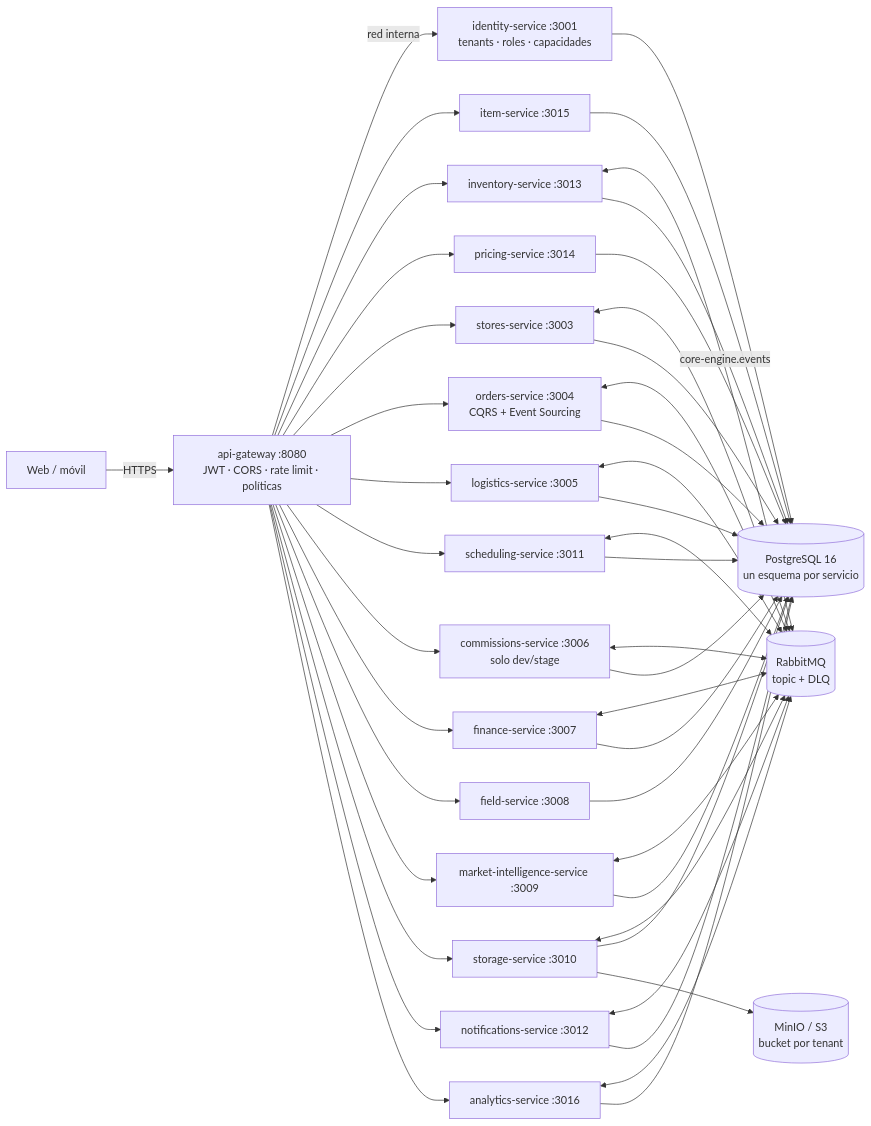
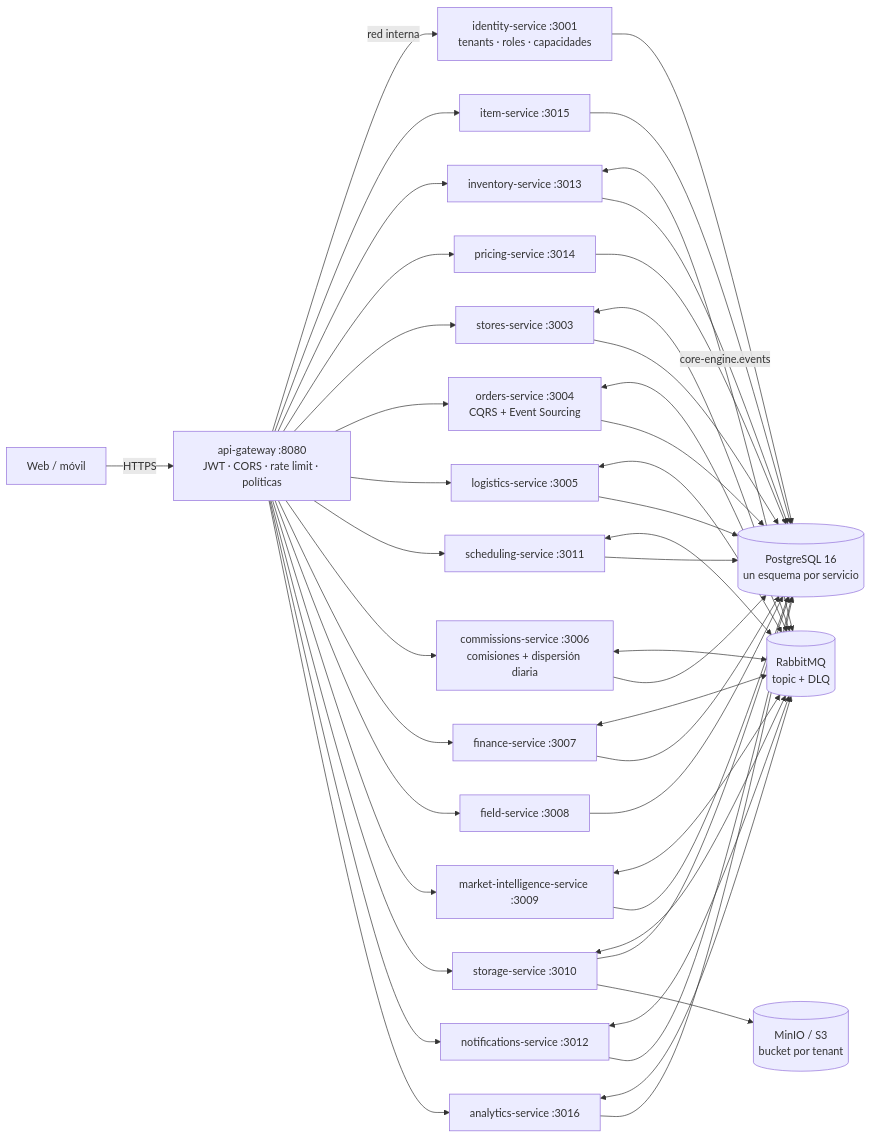
One commit to xozan845-ctrl/core-engine changed the diagram in docs/architecture/README.md. Above: the diagram before and after it, drawn with Mermaid. The commit also changed 91 other files, not shown here.

````diff
--- a/docs/architecture/README.md
+++ b/docs/architecture/README.md
@@ -31,49 +31,49 @@
 ```mermaid
 flowchart LR
   Cliente["Web / móvil"] -->|HTTPS| GW["api-gateway :8080<br/>JWT · CORS · rate limit · políticas"]
   GW -->|red interna| ID["identity-service :3001<br/>tenants · roles · capacidades"]
   GW --> ITEM["item-service :3015"]
   GW --> INV["inventory-service :3013"]
   GW --> PRICE["pricing-service :3014"]
   GW --> STORE["stores-service :3003"]
   GW --> ORD["orders-service :3004<br/>CQRS + Event Sourcing"]
   GW --> LOG["logistics-service :3005"]
   GW --> SCH["scheduling-service :3011"]
-  GW --> COM["commissions-service :3006<br/>solo dev/stage"]
+  GW --> COM["commissions-service :3006<br/>comisiones + dispersión diaria"]
   GW --> FIN["finance-service :3007"]
   GW --> FIELD["field-service :3008"]
   GW --> MI["market-intelligence-service :3009"]
   GW --> STOR["storage-service :3010"]
   GW --> NOTIF["notifications-service :3012"]
   GW --> ANA["analytics-service :3016"]
 
   INV <-->|"core-engine.events"| BUS[("RabbitMQ<br/>topic + DLQ")]
   ORD <--> BUS
   LOG <--> BUS
   SCH <--> BUS
   COM <--> BUS
   FIN <--> BUS
   STOR <--> BUS
   NOTIF <--> BUS
   ANA <--> BUS
   MI <--> BUS
   STORE <--> BUS
 
   ID --> PG[("PostgreSQL 16<br/>un esquema por servicio")]
   ITEM --> PG
   INV --> PG
   PRICE --> PG
   STORE --> PG
   ORD --> PG
   LOG --> PG
   SCH --> PG
   COM --> PG
   FIN --> PG
   FIELD --> PG
   MI --> PG
   STOR --> PG
   NOTIF --> PG
   ANA --> PG
 
   STOR --> S3[("MinIO / S3<br/>bucket por tenant")]
 ```
````
